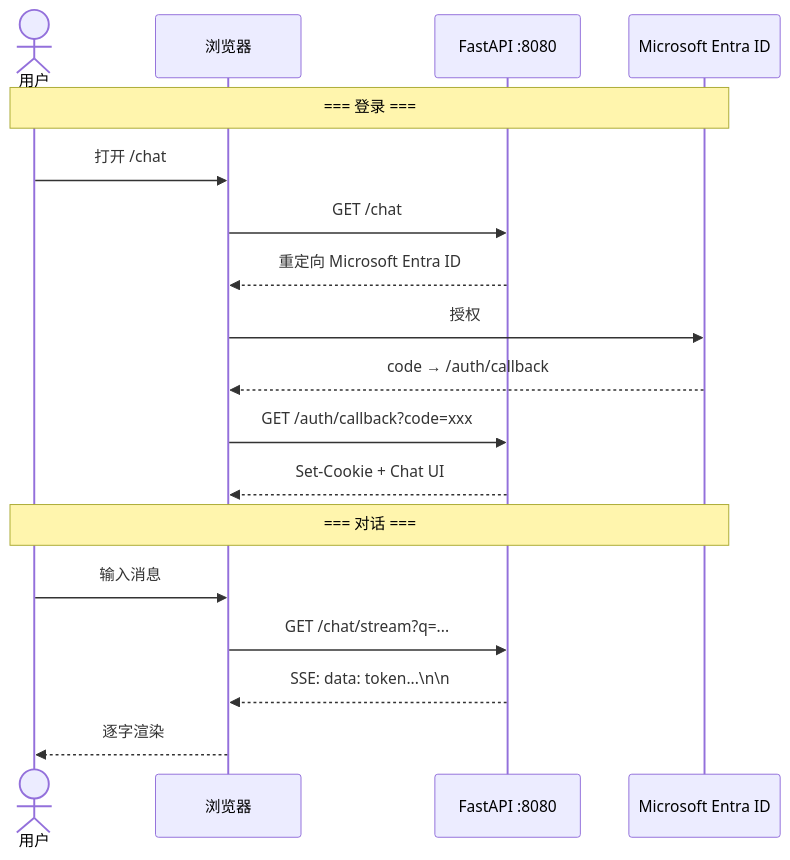
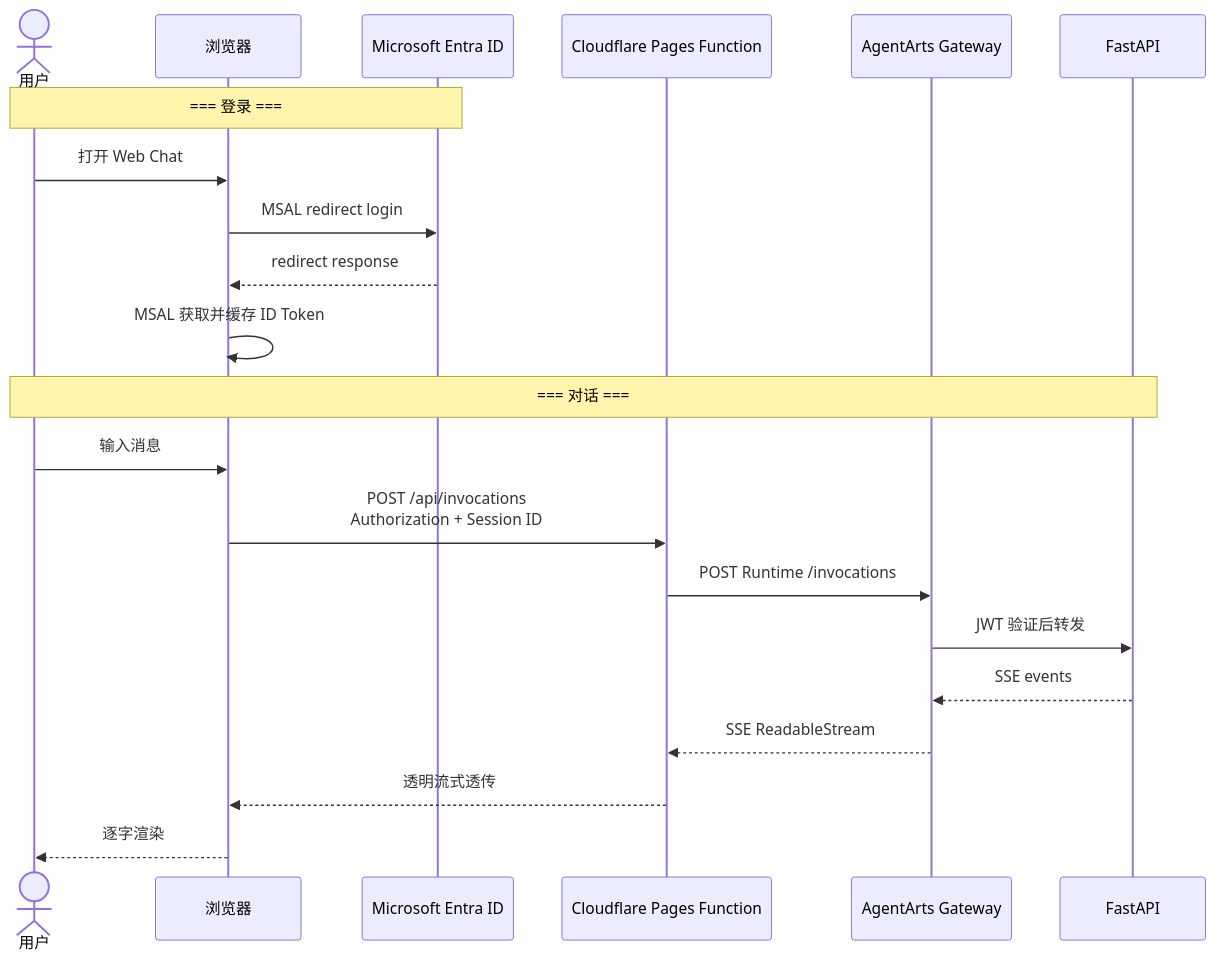
Before and after one commit to T-1009/personal-assistant: the second of 13 diagrams in personal-assistant-meta/architecture/frontend_architecture.md, drawn with Mermaid. The commit also changed other lines of this file and 3 other files, not shown here.

First line of the commit message:
docs: align architecture docs with modularized chat adapter and custom stream auth flow

````diff
--- a/personal-assistant-meta/architecture/frontend_architecture.md
+++ b/personal-assistant-meta/architecture/frontend_architecture.md
@@ -39,22 +41,25 @@
 ```mermaid
 sequenceDiagram
     actor User as 用户
     participant Browser as 浏览器
-    participant FastAPI as FastAPI :8080
-    participant Microsoft as Microsoft Entra ID
+    participant Entra as Microsoft Entra ID
+    participant Proxy as Cloudflare Pages Function
+    participant Gateway as AgentArts Gateway
+    participant FastAPI as FastAPI
 
-    Note over User,Microsoft: === 登录 ===
-    User->>Browser: 打开 /chat
-    Browser->>FastAPI: GET /chat
-    FastAPI-->>Browser: 重定向 Microsoft Entra ID
-    Browser->>Microsoft: 授权
-    Microsoft-->>Browser: code → /auth/callback
-    Browser->>FastAPI: GET /auth/callback?code=xxx
-    FastAPI-->>Browser: Set-Cookie + Chat UI
+    Note over User,Entra: === 登录 ===
+    User->>Browser: 打开 Web Chat
+    Browser->>Entra: MSAL redirect login
+    Entra-->>Browser: redirect response
+    Browser->>Browser: MSAL 获取并缓存 ID Token
 
-    Note over User,Microsoft: === 对话 ===
+    Note over User,FastAPI: === 对话 ===
     User->>Browser: 输入消息
-    Browser->>FastAPI: GET /chat/stream?q=...
-    FastAPI-->>Browser: SSE: data: token...\n\n
+    Browser->>Proxy: POST /api/invocations<br/>Authorization + Session ID
+    Proxy->>Gateway: POST Runtime /invocations
+    Gateway->>FastAPI: JWT 验证后转发
+    FastAPI-->>Gateway: SSE events
+    Gateway-->>Proxy: SSE ReadableStream
+    Proxy-->>Browser: 透明流式透传
     Browser-->>User: 逐字渲染
 ```
````
